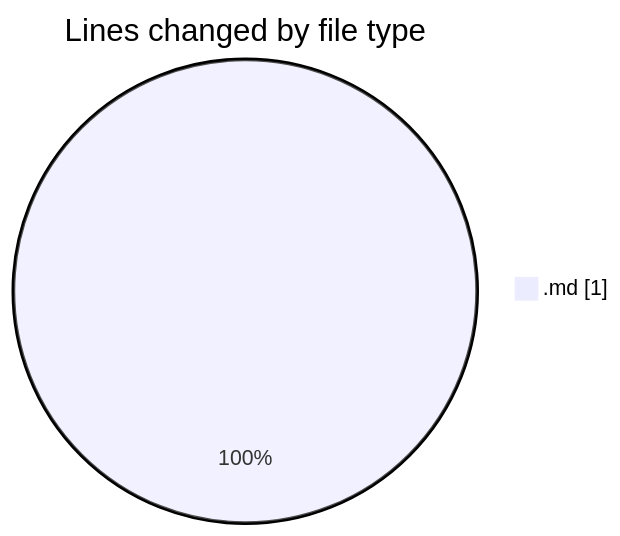
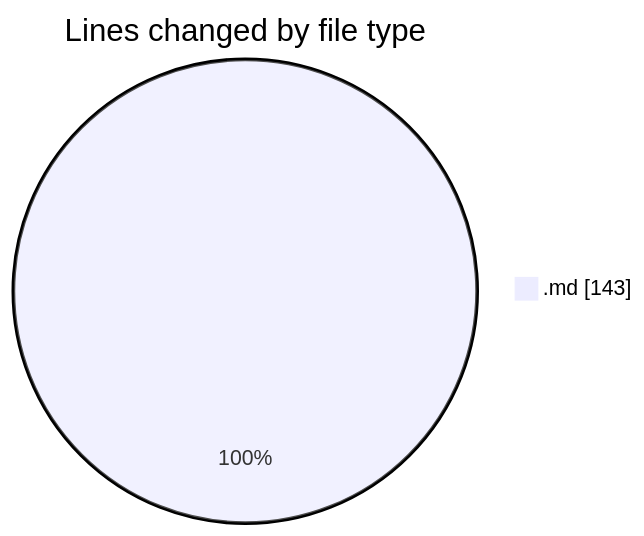
The first of 2 diagrams in 2025-07-11/urlwebwala_intership_work/README.md (Ritupan-Deka/code-tracking), drawn with Mermaid before and after one commit. The commit also changed other lines of this file and 1 other file, not shown here.

````diff
--- a/2025-07-11/urlwebwala_intership_work/README.md
+++ b/2025-07-11/urlwebwala_intership_work/README.md
@@ -20,5 +20,5 @@
 ```mermaid
 pie showData
 title Lines changed by file type
-".md" : 1
+".md" : 143
 ```
````
